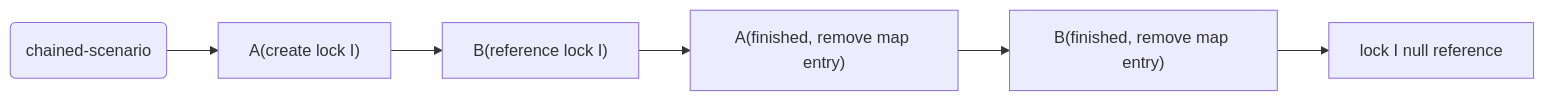
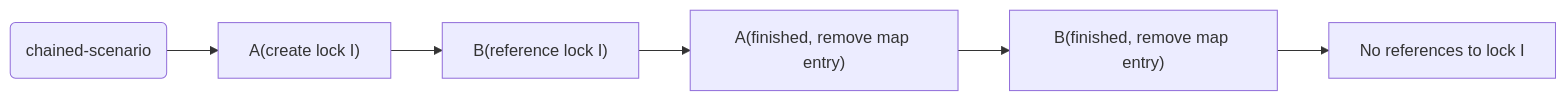
One commit to internetms52/dev-notes changed the diagram in reference-chain-lock-pattern/README.md. Above: the diagram before and after it, drawn with Mermaid.

Commit message:
update
update

````diff
--- a/reference-chain-lock-pattern/README.md
+++ b/reference-chain-lock-pattern/README.md
@@ -8,8 +8,8 @@
 ```mermaid
 flowchart LR
   root(chained-scenario)-->A["A(create lock I)"]
   A-->B["B(reference lock I)"]
   B-->C["A(finished, remove map entry)"]
   C-->D["B(finished, remove map entry)"]
-  D-->E["lock I null reference"]
+  D-->E["No references to lock I"]
 ```
````
